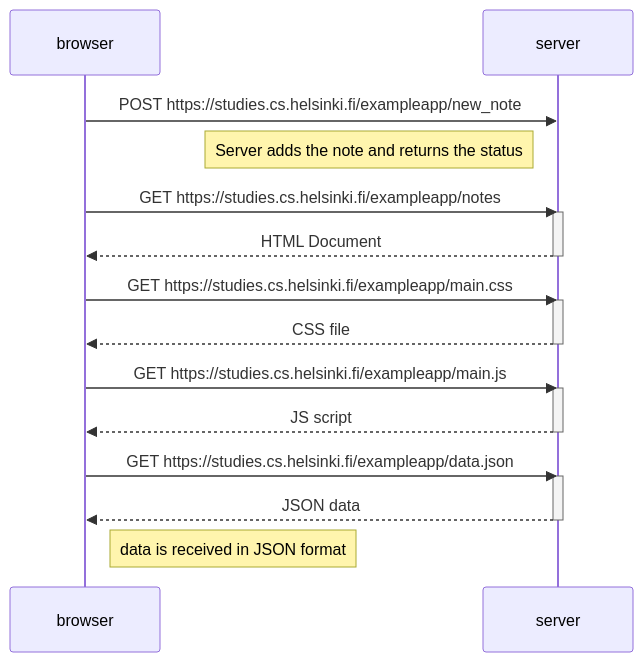
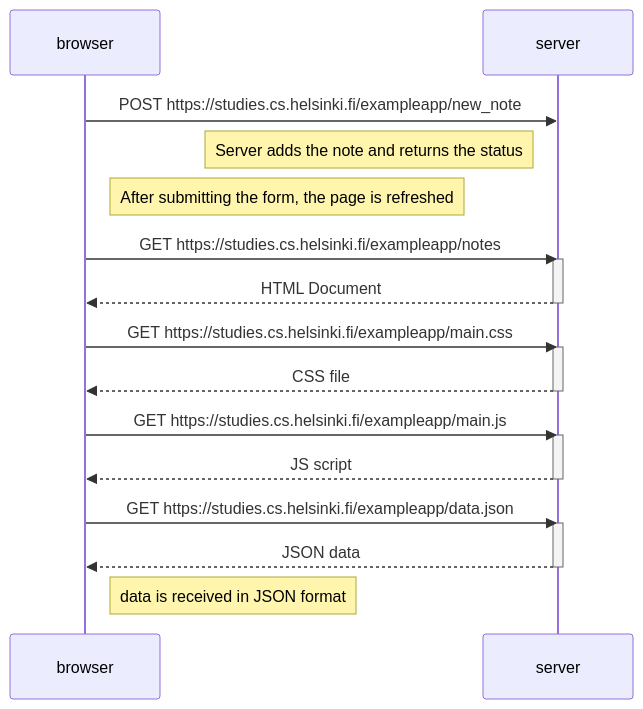
One commit to realcomplex0/Fullstackopen changed the first of 3 diagrams in part0/diagram.md. Above: the diagram before and after it, drawn with Mermaid. The commit also changed other lines of this file, not shown here.

Commit message:
Update the diagram

````diff
--- a/part0/diagram.md
+++ b/part0/diagram.md
@@ -3,25 +3,25 @@
 ```mermaid
 sequenceDiagram
     participant browser
     participant server
     browser->>server: POST https://studies.cs.helsinki.fi/exampleapp/new_note
     Note left of server: Server adds the note and returns the status
-
+    Note right of browser: After submitting the form, the page is refreshed
     browser->>server: GET https://studies.cs.helsinki.fi/exampleapp/notes
     activate server
     server-->>browser: HTML Document
     deactivate server
     browser->>server: GET https://studies.cs.helsinki.fi/exampleapp/main.css
     activate server
     server-->>browser: CSS file
     deactivate server
     browser->>server: GET https://studies.cs.helsinki.fi/exampleapp/main.js
     activate server
     server-->>browser: JS script
     deactivate server
     browser->>server: GET https://studies.cs.helsinki.fi/exampleapp/data.json
     activate server
     server-->>browser: JSON data
     deactivate server
     Note right of browser: data is received in JSON format
 ```
````
